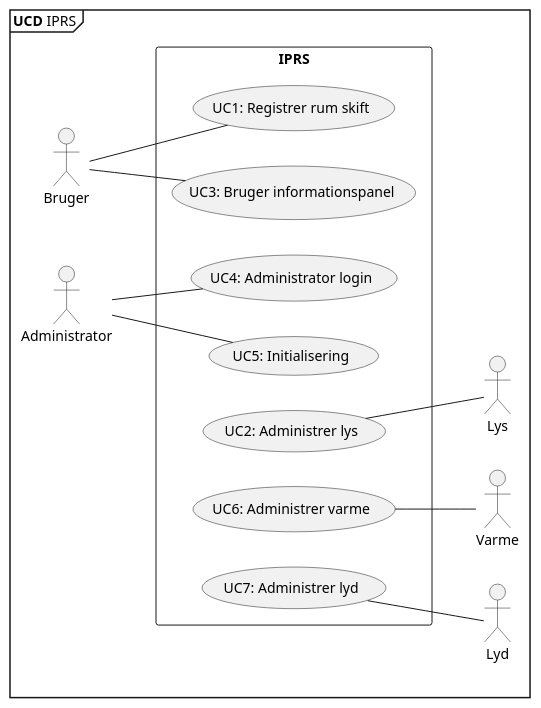
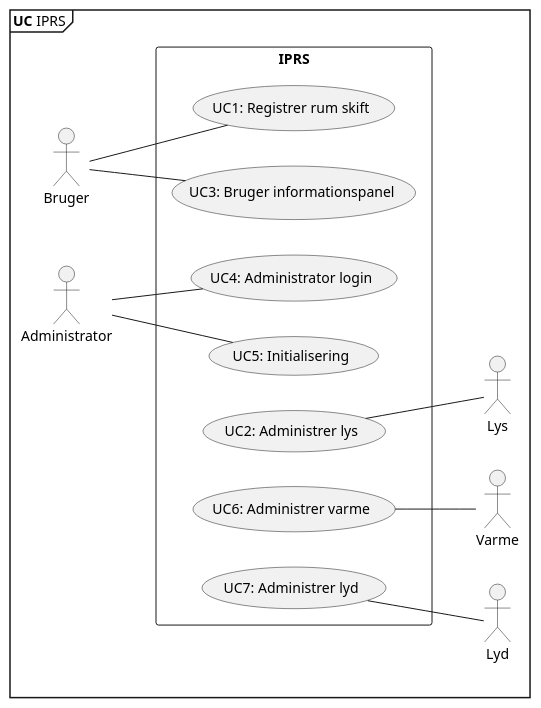
Before and after one commit to Tukkel/Projekt_2: the diagram in SysML/Sytem sepc/UCD IPRS.puml, drawn with PlantUML. The commit also changed 4 other files, not shown here.

Commit message:
Small UML changes

```diff
--- a/SysML/Sytem sepc/UCD IPRS.puml
+++ b/SysML/Sytem sepc/UCD IPRS.puml
@@ -1,29 +1,29 @@
 @startuml Use Case Diagram for IPRS
 left to right direction
-mainframe **UCD** IPRS
+mainframe **UC** IPRS
 actor Bruger as br
 actor Administrator as ad
 actor Lys as ls
 actor Lyd as ld
 actor Varme as va
 
 rectangle IPRS {
    usecase "UC1: Registrer rum skift" as UC1
    usecase "UC3: Bruger informationspanel" as UC3
    usecase "UC4: Administrator login" as UC4
    usecase "UC5: Initialisering" as UC5
    usecase "UC2: Administrer lys" as UC2
    usecase "UC6: Administrer varme" as UC6
    usecase "UC7: Administrer lyd" as UC7  
 }
 
 br -- UC3
 br -- UC1
 
 ad -- UC4
 ad -- UC5
 
 UC2 -- ls
 UC7 -- ld
 UC6 -- va
 @enduml
```
